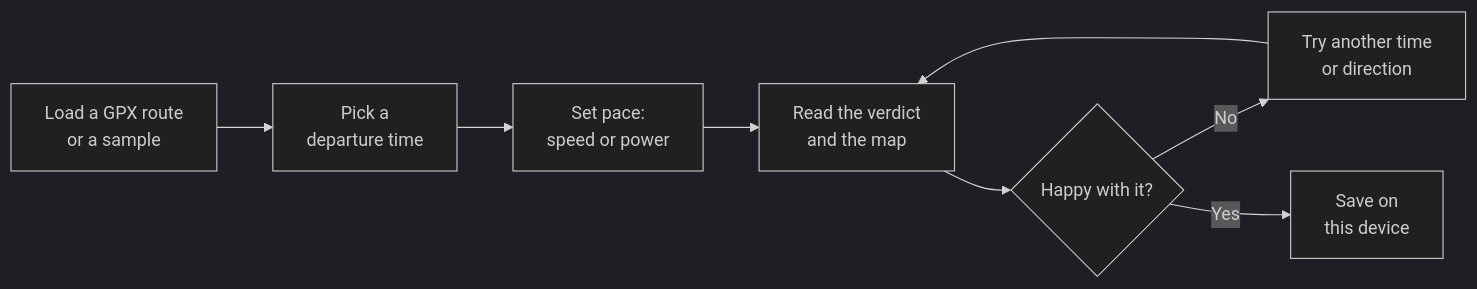
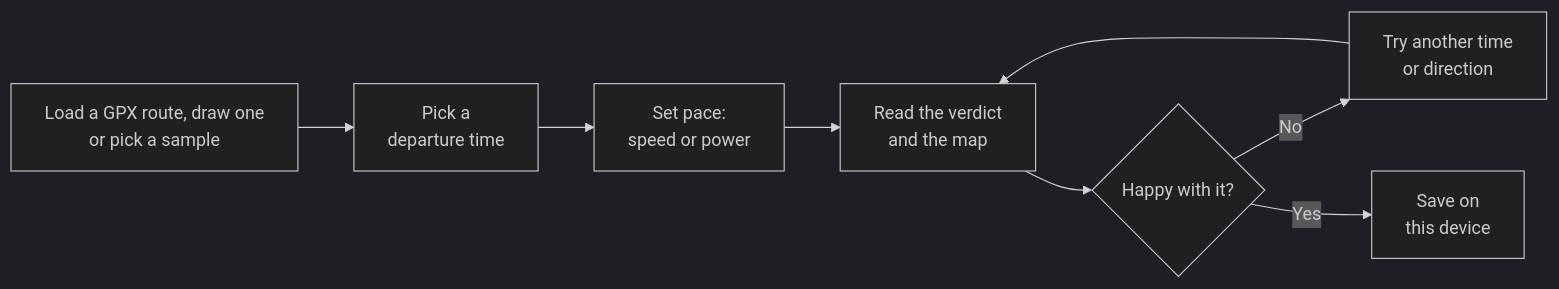
The diagram in PRODUCT.md (kchan1028/ridewind), drawn with Mermaid (dark theme) before and after one commit. The commit also changed other lines of this file and 35 other files, not shown here.

````diff
--- a/PRODUCT.md
+++ b/PRODUCT.md
@@ -30,10 +31,10 @@
 ```mermaid
 flowchart LR
-  A[Load a GPX route<br/>or a sample] --> B[Pick a<br/>departure time]
+  A[Load a GPX route, draw one<br/>or pick a sample] --> B[Pick a<br/>departure time]
   B --> C[Set pace:<br/>speed or power]
   C --> D[Read the verdict<br/>and the map]
   D --> E{Happy with it?}
   E -- No --> F[Try another time<br/>or direction]
   F --> D
   E -- Yes --> G[Save on<br/>this device]
 ```
````
